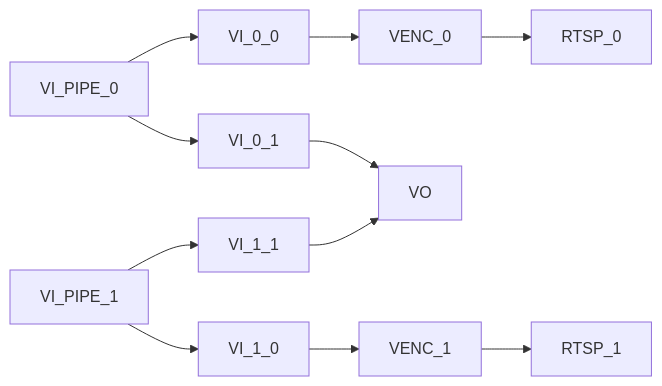
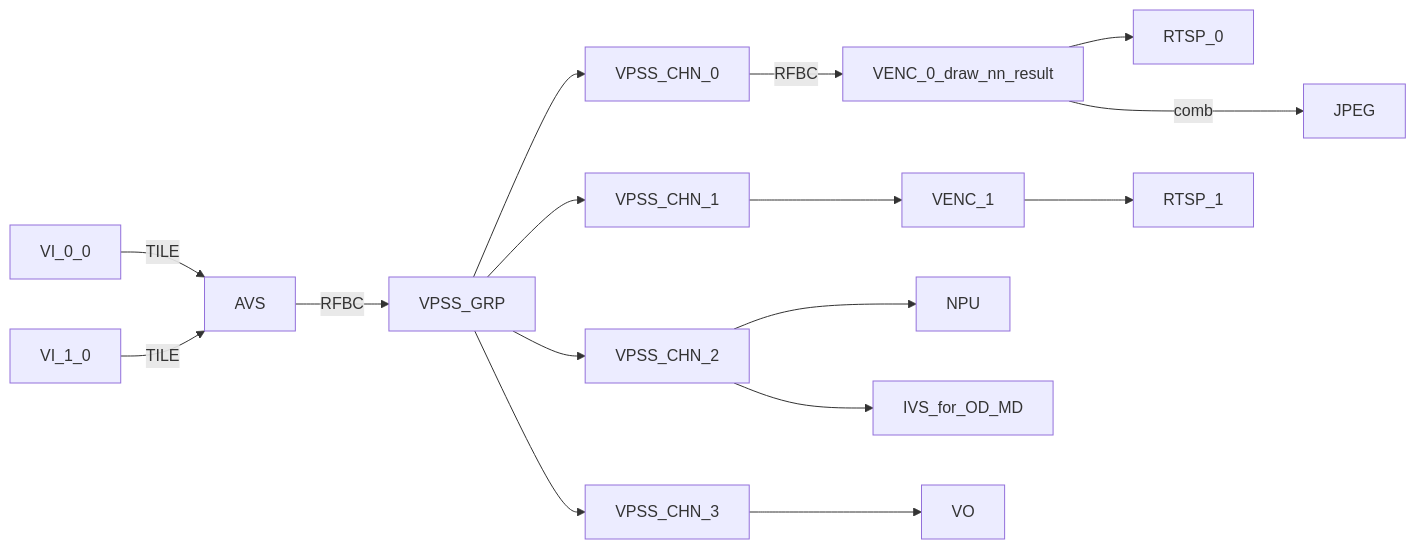
Diagram 17 of 18 in docs/Rockchip_Developer_Guide_Linux_RKIPC_CN.md (mixtile-rockchip/mixtile-sdk-linux-app-rkipc), drawn with Mermaid before and after one commit. The commit also changed 6 other files, not shown here.

Commit message:
rv1126b_dual_ipc: support avs and modify flows

````diff
--- a/docs/Rockchip_Developer_Guide_Linux_RKIPC_CN.md
+++ b/docs/Rockchip_Developer_Guide_Linux_RKIPC_CN.md
@@ -428,7 +428,12 @@
 ```mermaid
 graph LR
-       VI_PIPE_0-->VI_0_0-->VENC_0-->RTSP_0
-       VI_PIPE_0-->VI_0_1-->VO
-       VI_PIPE_1-->VI_1_0-->VENC_1-->RTSP_1
-       VI_PIPE_1-->VI_1_1-->VO
+       VI_0_0--TILE-->AVS
+       VI_1_0--TILE-->AVS
+       AVS--RFBC-->VPSS_GRP
+       VPSS_GRP-->VPSS_CHN_0--RFBC-->VENC_0_draw_nn_result-->RTSP_0
+       VENC_0_draw_nn_result--combo-->JPEG
+       VPSS_GRP-->VPSS_CHN_1-->VENC_1-->RTSP_1
+       VPSS_GRP-->VPSS_CHN_2-->NPU
+	   VPSS_CHN_2-->IVS_for_OD_MD
+	   VPSS_GRP-->VPSS_CHN_3-->VO
 ```
````
